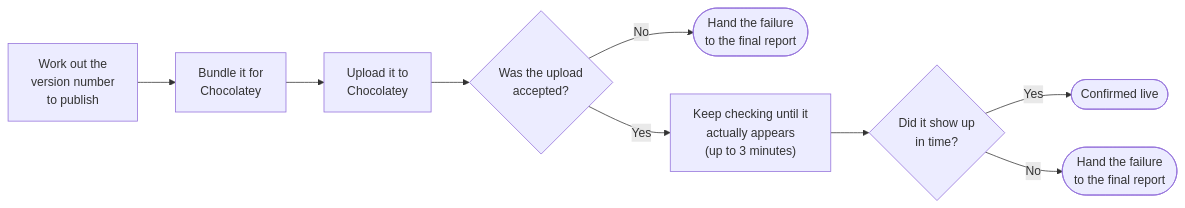
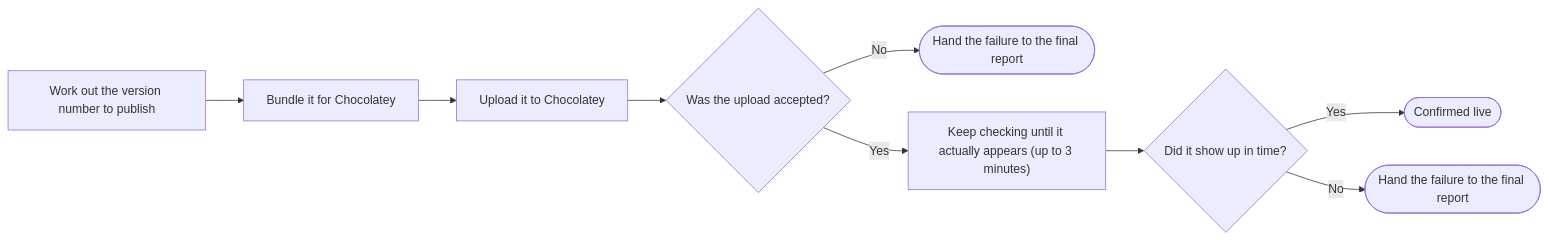
One commit to tanzim2000/fluentflyout-unofficial changed the seventh of 8 diagrams in docs/FluentFlyout Unofficial Publication Script Pipeline Flowchart.md. Above: the diagram before and after it, drawn with Mermaid. The commit also changed other lines of this file, not shown here.

````diff
--- a/docs/FluentFlyout Unofficial Publication Script Pipeline Flowchart.md
+++ b/docs/FluentFlyout Unofficial Publication Script Pipeline Flowchart.md
@@ -92,11 +91,11 @@
 ```mermaid
 flowchart LR
-    A["Work out the<br/>version number<br/>to publish"] --> B["Bundle it for<br/>Chocolatey"]
-    B --> C["Upload it to<br/>Chocolatey"]
-    C --> D{"Was the upload<br/>accepted?"}
-    D -- "No" --> Fail(["Hand the failure<br/>to the final report"])
-    D -- "Yes" --> E["Keep checking until it<br/>actually appears<br/>(up to 3 minutes)"]
-    E --> F{"Did it show up<br/>in time?"}
+    A["Work out the version number to publish"] --> B["Bundle it for Chocolatey"]
+    B --> C["Upload it to Chocolatey"]
+    C --> D{"Was the upload accepted?"}
+    D -- "No" --> Fail(["Hand the failure to the final report"])
+    D -- "Yes" --> E["Keep checking until it actually appears (up to 3 minutes)"]
+    E --> F{"Did it show up in time?"}
     F -- "Yes" --> G(["Confirmed live"])
-    F -- "No" --> H(["Hand the failure<br/>to the final report"])
+    F -- "No" --> H(["Hand the failure to the final report"])
 ```
````
